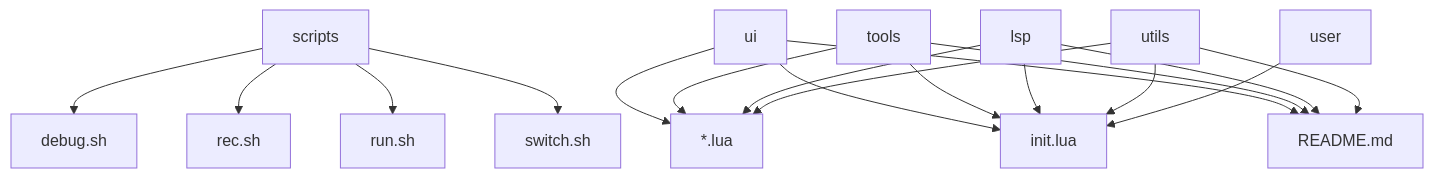
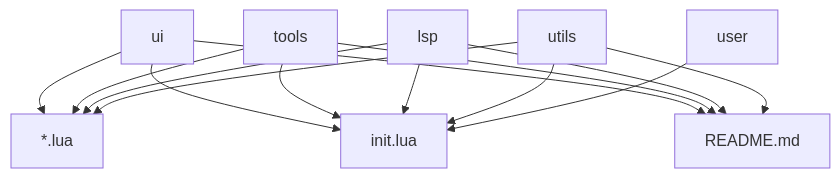
One commit to the-essence-of-life/sparenvim changed the fourth of 4 diagrams in README.md. Above: the diagram before and after it, drawn with Mermaid.

````diff
--- a/README.md
+++ b/README.md
@@ -212,20 +220,16 @@
 ```mermaid
 flowchart TB;
-    scripts-->debug.sh;
-    scripts-->rec.sh;
-    scripts-->run.sh;
-    scripts-->switch.sh;
     ui-->*.lua;
     ui-->init.lua;
     ui-->README.md;
     tools-->*.lua;
     tools-->init.lua;
     tools-->README.md;
     lsp-->*.lua;
     lsp-->init.lua;
     lsp-->README.md;
     utils-->*.lua;
     utils-->init.lua;
     utils-->README.md;
     user-->init.lua;
 ```
````
